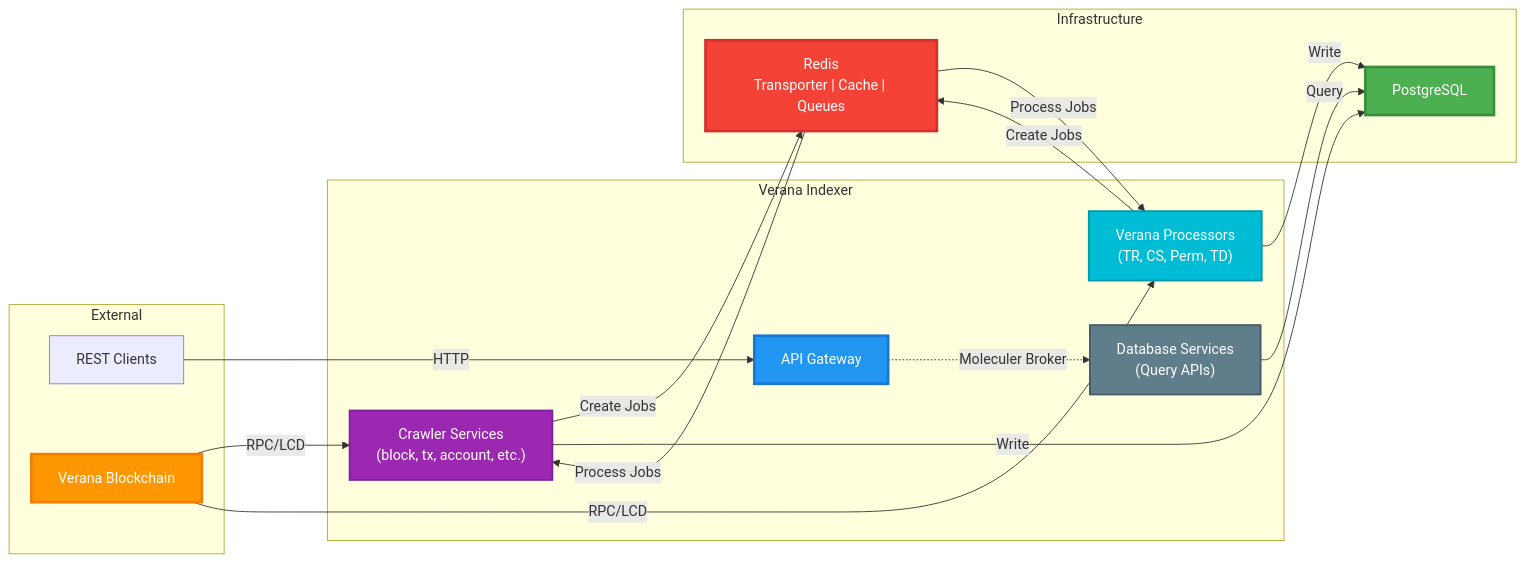
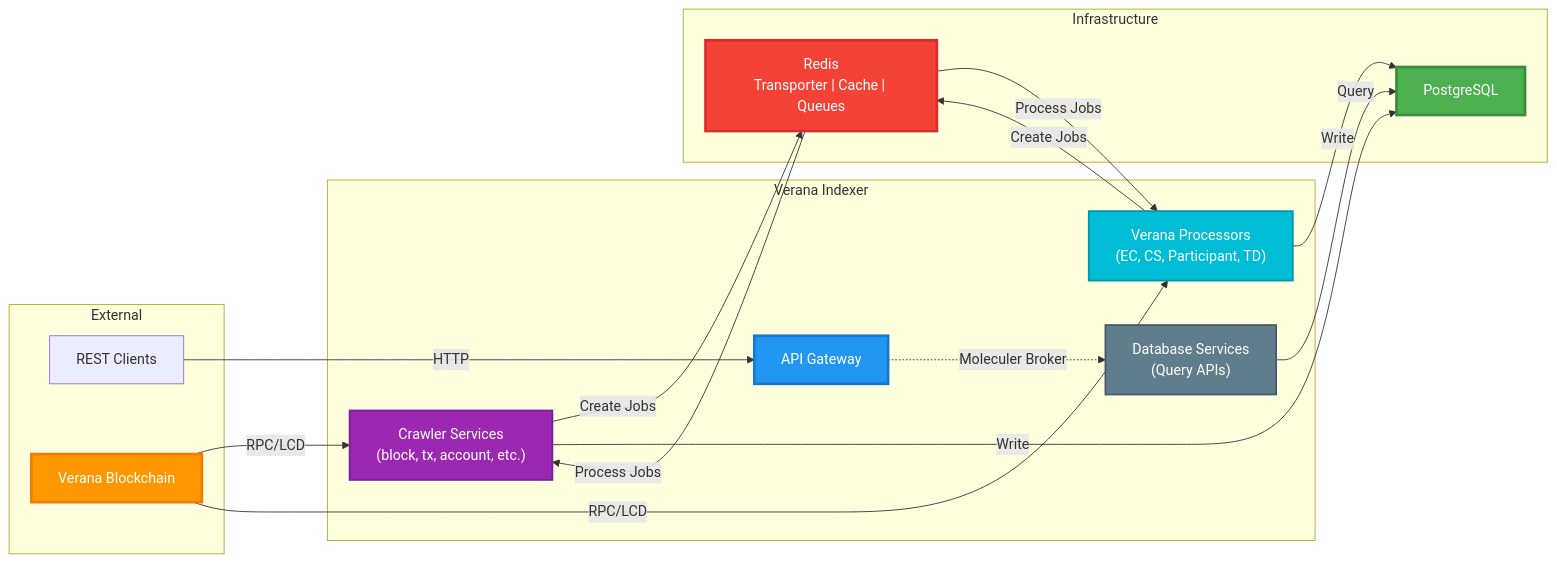
Before and after one commit to verana-labs/verana-indexer: the diagram in README.md, drawn with Mermaid. The commit also changed other lines of this file, not shown here.

````diff
--- a/README.md
+++ b/README.md
@@ -24,42 +24,42 @@
 ```mermaid
 flowchart LR
     subgraph EXT["External"]
         CLIENTS["REST Clients"]
         BLOCKCHAIN["Verana Blockchain"]
     end
 
     subgraph INDEXER["Verana Indexer"]
         API["API Gateway"]
         CRAWLERS["Crawler Services<br/>(block, tx, account, etc.)"]
-        PROCESSORS["Verana Processors<br/>(TR, CS, Perm, TD)"]
+        PROCESSORS["Verana Processors<br/>(EC, CS, Participant, TD)"]
         DB_SERVICES["Database Services<br/>(Query APIs)"]
     end
 
     subgraph INFRA["Infrastructure"]
         REDIS["Redis<br/>Transporter | Cache | Queues"]
         POSTGRES["PostgreSQL"]
     end
 
     CLIENTS -->|HTTP| API
     BLOCKCHAIN -->|RPC/LCD| CRAWLERS
     BLOCKCHAIN -->|RPC/LCD| PROCESSORS
     
     API -.->|Moleculer Broker| DB_SERVICES
     DB_SERVICES -->|Query| POSTGRES
     
     CRAWLERS -->|Create Jobs| REDIS
     PROCESSORS -->|Create Jobs| REDIS
     REDIS -->|Process Jobs| CRAWLERS
     REDIS -->|Process Jobs| PROCESSORS
     
     CRAWLERS -->|Write| POSTGRES
     PROCESSORS -->|Write| POSTGRES
 
     style API fill:#2196F3,stroke:#1976D2,stroke-width:3px,color:#fff
     style POSTGRES fill:#4CAF50,stroke:#388E3C,stroke-width:3px,color:#fff
     style REDIS fill:#F44336,stroke:#D32F2F,stroke-width:3px,color:#fff
     style BLOCKCHAIN fill:#FF9800,stroke:#F57C00,stroke-width:3px,color:#fff
     style CRAWLERS fill:#9C27B0,stroke:#7B1FA2,stroke-width:2px,color:#fff
     style PROCESSORS fill:#00BCD4,stroke:#0097A7,stroke-width:2px,color:#fff
     style DB_SERVICES fill:#607D8B,stroke:#455A64,stroke-width:2px,color:#fff
 ```
````
